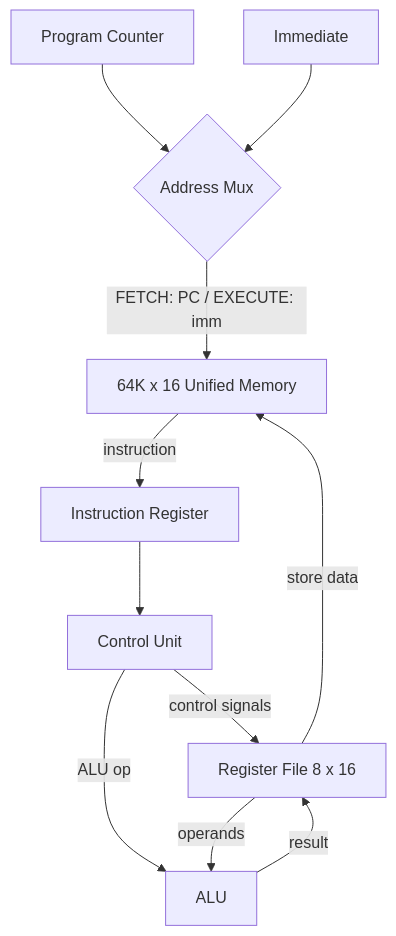
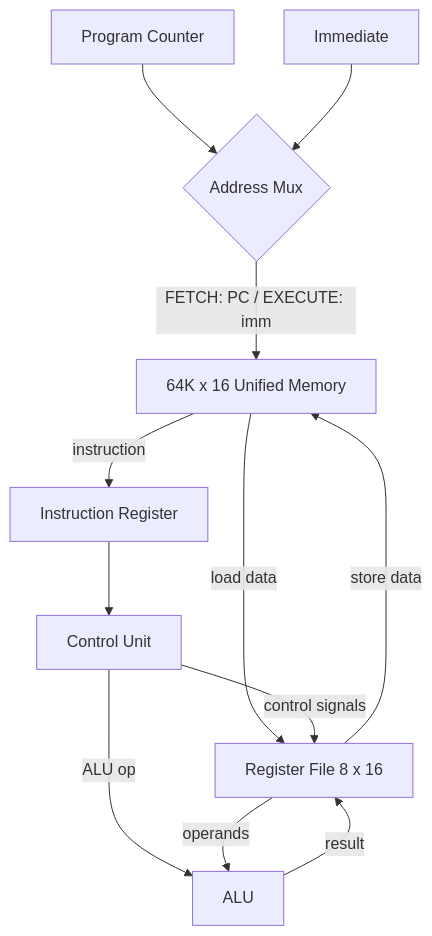
Before and after one commit to ColinE0/Simple-CPU: the diagram in README.md, drawn with Mermaid. The commit also changed other lines of this file and 6 other files, not shown here.

````diff
--- a/README.md
+++ b/README.md
@@ -27,13 +27,14 @@
 ```mermaid
 graph TD
     PC[Program Counter] --> AMUX{Address Mux}
     IMM[Immediate] --> AMUX
     AMUX -->|FETCH: PC / EXECUTE: imm| MEM[64K x 16 Unified Memory]
     MEM -->|instruction| IR[Instruction Register]
+    MEM -->|load data| RF
     IR --> CU[Control Unit]
     CU -->|control signals| RF[Register File 8 x 16]
     CU -->|ALU op| ALU
     RF -->|operands| ALU
     ALU -->|result| RF
     RF -->|store data| MEM
 ```
````
